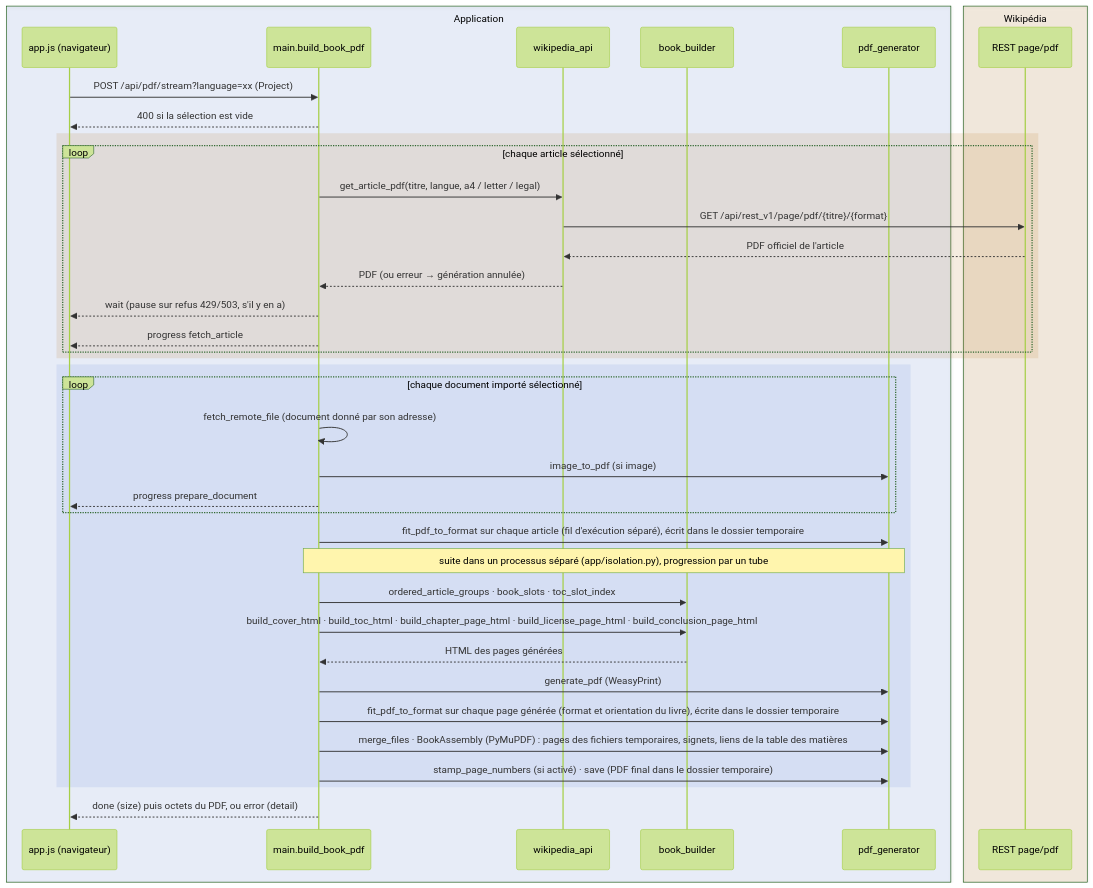
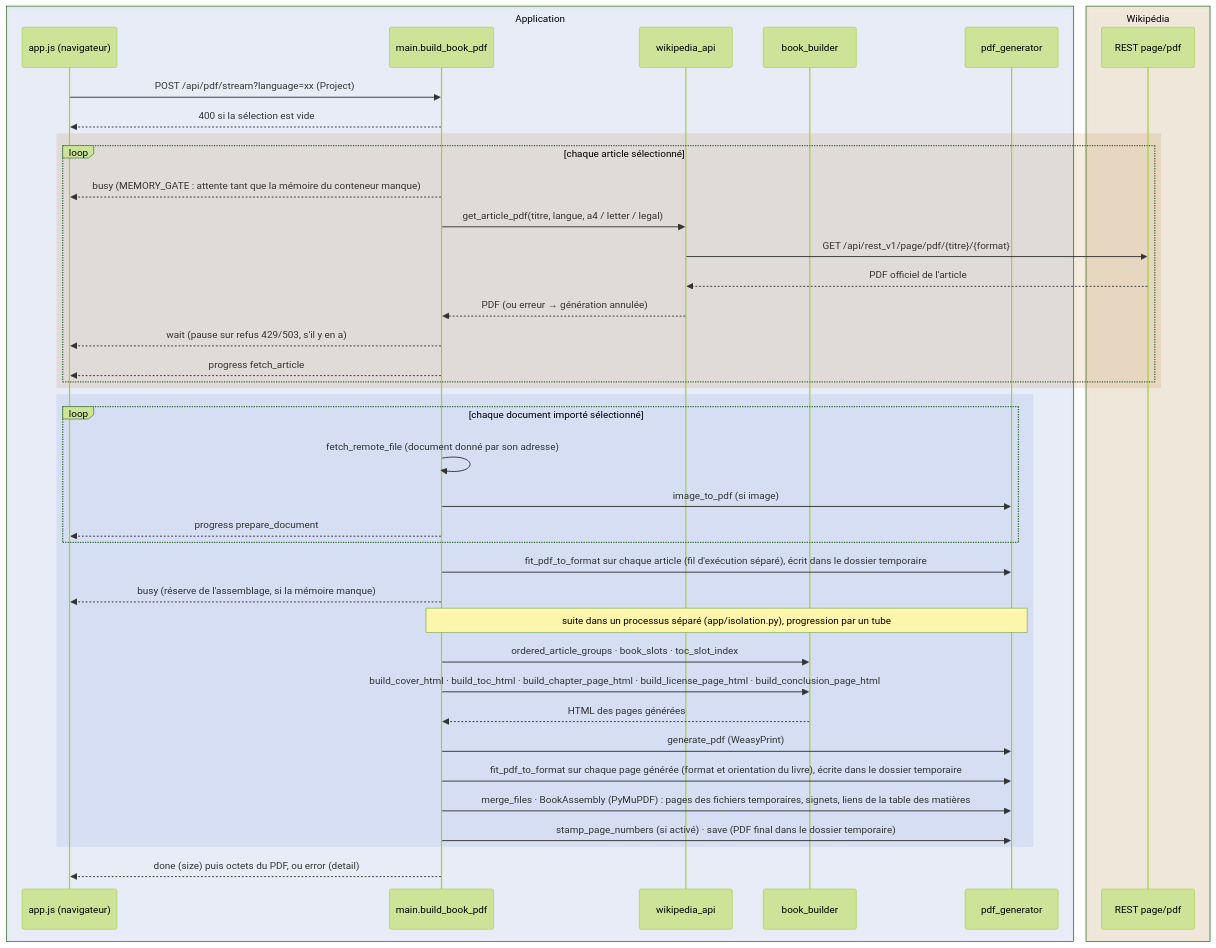
One commit to gmoulard/wikipedia2book changed the second of 2 diagrams in docs/SPECIFICATIONS.fr.md. Above: the diagram before and after it, drawn with Mermaid (forest theme). The commit also changed other lines of this file and 21 other files, not shown here.

````diff
--- a/docs/SPECIFICATIONS.fr.md
+++ b/docs/SPECIFICATIONS.fr.md
@@ -1001,43 +1017,45 @@
 ```mermaid
 sequenceDiagram
     box rgba(51,102,204,0.10) Application
         participant U as app.js (navigateur)
         participant M as main.build_book_pdf
         participant W as wikipedia_api
         participant B as book_builder
         participant P as pdf_generator
     end
     box rgba(172,102,0,0.12) Wikipédia
         participant R as REST page/pdf
     end
 
     U->>M: POST /api/pdf/stream?language=xx (Project)
     M-->>U: 400 si la sélection est vide
     rect rgba(172,102,0,0.12)
         loop chaque article sélectionné
+            M-->>U: busy (MEMORY_GATE : attente tant que la mémoire du conteneur manque)
             M->>W: get_article_pdf(titre, langue, a4 / letter / legal)
             W->>R: GET /api/rest_v1/page/pdf/{titre}/{format}
             R-->>W: PDF officiel de l'article
             W-->>M: PDF (ou erreur → génération annulée)
             M-->>U: wait (pause sur refus 429/503, s'il y en a)
             M-->>U: progress fetch_article
         end
     end
     rect rgba(51,102,204,0.10)
         loop chaque document importé sélectionné
             M->>M: fetch_remote_file (document donné par son adresse)
             M->>P: image_to_pdf (si image)
             M-->>U: progress prepare_document
         end
         M->>P: fit_pdf_to_format sur chaque article (fil d'exécution séparé), écrit dans le dossier temporaire
+        M-->>U: busy (réserve de l'assemblage, si la mémoire manque)
         Note over M,P: suite dans un processus séparé (app/isolation.py), progression par un tube
         M->>B: ordered_article_groups · book_slots · toc_slot_index
         M->>B: build_cover_html · build_toc_html · build_chapter_page_html · build_license_page_html · build_conclusion_page_html
         B-->>M: HTML des pages générées
         M->>P: generate_pdf (WeasyPrint)
         M->>P: fit_pdf_to_format sur chaque page générée (format et orientation du livre), écrite dans le dossier temporaire
         M->>P: merge_files · BookAssembly (PyMuPDF) : pages des fichiers temporaires, signets, liens de la table des matières
         M->>P: stamp_page_numbers (si activé) · save (PDF final dans le dossier temporaire)
     end
     M-->>U: done (size) puis octets du PDF, ou error (detail)
 ```
````
